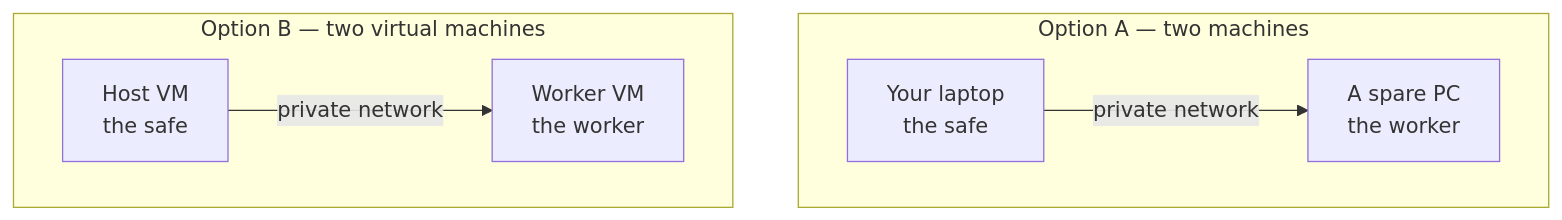
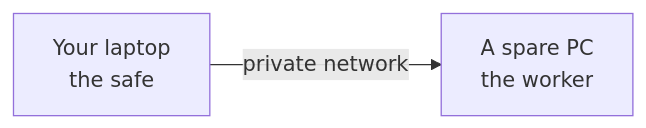
One commit to joergensentroels/Latch changed the third of 4 diagrams in WHAT-IS-THIS.md. Above: the diagram before and after it, drawn with Mermaid. The commit also changed other lines of this file and 1 other file, not shown here.

Commit message:
Split the two topologies so they stack, and in the right order
Rendered on GitHub, the single diagram holding both options put Option B on the
LEFT and Option A on the right — mermaid lays unconnected subgraphs out
side by side, and nothing said which came first — and the pair was wider than
the 846px column, so Option A's worker node sat under the pan/zoom controls.

Two blocks instead of one, each two nodes wide. Markdown decides the order, so
it is the order I wrote, and neither is wide enough to clip.

Same fix in both files. Found the same way as the last one: by loading the
pushed page and looking at it.

````diff
--- a/WHAT-IS-THIS.md
+++ b/WHAT-IS-THIS.md
@@ -70,11 +72,4 @@
 ```mermaid
-flowchart TB
-  subgraph A["Option A — two machines"]
-    direction LR
-    A1["Your laptop<br/>the safe"] -- "private network" --> A2["A spare PC<br/>the worker"]
-  end
-  subgraph B["Option B — two virtual machines"]
-    direction LR
-    B1["Host VM<br/>the safe"] -- "private network" --> B2["Worker VM<br/>the worker"]
-  end
+flowchart LR
+  A1["Your laptop<br/>the safe"] -- "private network" --> A2["A spare PC<br/>the worker"]
 ```
````
